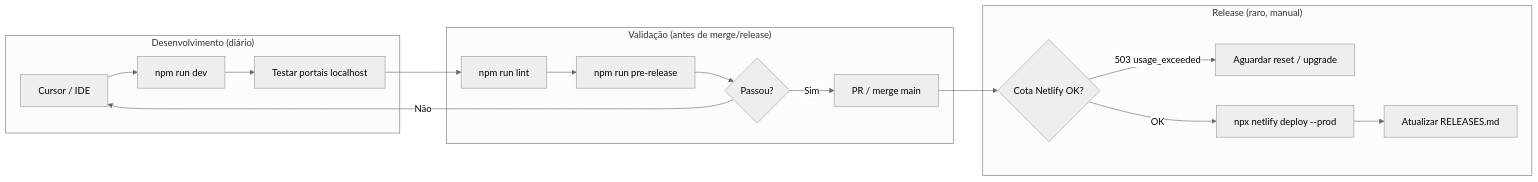
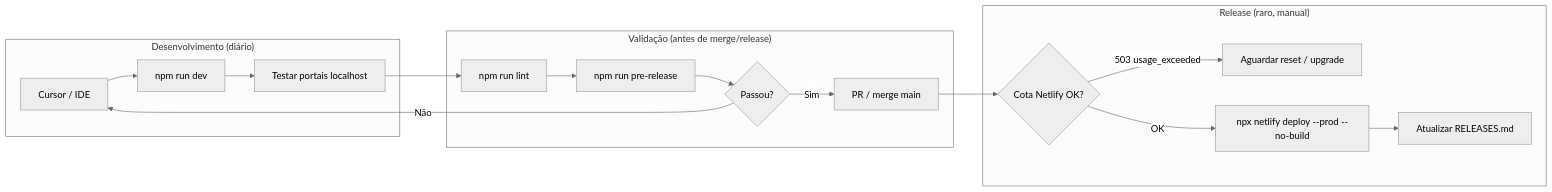
The diagram in docs/OPERACOES.md (Piulres/sistema-bibi), drawn with Mermaid (neutral theme) before and after one commit. The commit also changed other lines of this file and 7 other files, not shown here.

````diff
--- a/docs/OPERACOES.md
+++ b/docs/OPERACOES.md
@@ -13,23 +13,23 @@
 ```mermaid
 flowchart LR
   subgraph Dev["Desenvolvimento (diário)"]
     A[Cursor / IDE] --> B[npm run dev]
     B --> C[Testar portais localhost]
   end
 
   subgraph Validação["Validação (antes de merge/release)"]
     D[npm run lint] --> E[npm run pre-release]
     E --> F{Passou?}
     F -->|Não| A
     F -->|Sim| G[PR / merge main]
   end
 
   subgraph Release["Release (raro, manual)"]
     G --> H{Cota Netlify OK?}
     H -->|503 usage_exceeded| I[Aguardar reset / upgrade]
-    H -->|OK| J[npx netlify deploy --prod]
+    H -->|OK| J["npx netlify deploy --prod --no-build"]
     J --> K[Atualizar RELEASES.md]
   end
 
   C --> D
 ```
````
